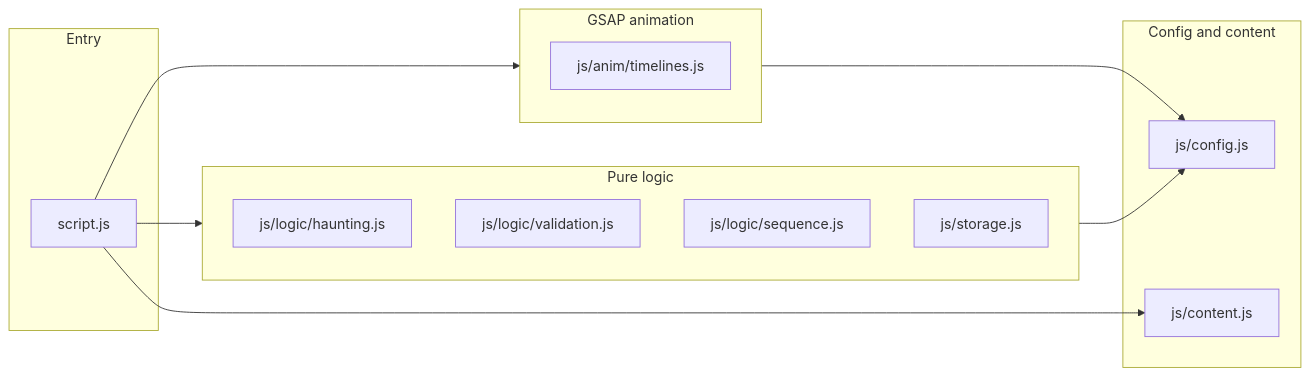
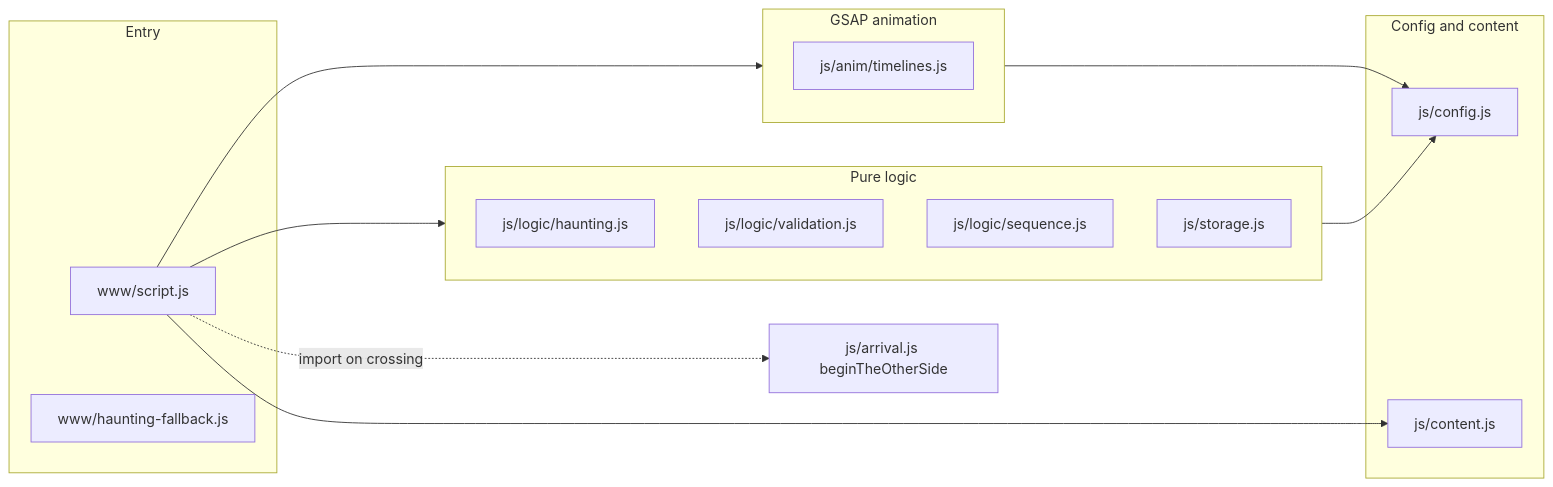
Before and after one commit to aasrithj/kiroween-hackathon-project: the first of 2 diagrams in .kiro/specs/spooky-haunting-ui/design.md, drawn with Mermaid. The commit also changed other lines of this file and 26 other files, not shown here.

````diff
--- a/.kiro/specs/spooky-haunting-ui/design.md
+++ b/.kiro/specs/spooky-haunting-ui/design.md
@@ -22,24 +24,27 @@
 ```mermaid
 flowchart LR
   subgraph Entry
-    MAIN[script.js]
+    MAIN[www/script.js]
+    FALLBACK[www/haunting-fallback.js]
   end
   subgraph ANIM[GSAP animation]
     TL[js/anim/timelines.js]
   end
   subgraph LOGIC[Pure logic]
     HAUNT[js/logic/haunting.js]
     VALID[js/logic/validation.js]
     SEQ[js/logic/sequence.js]
     STORE[js/storage.js]
   end
   subgraph DATA[Config and content]
     CFG[js/config.js]
     CONTENT[js/content.js]
   end
+  OTHER[js/arrival.js beginTheOtherSide]
   MAIN --> ANIM
   MAIN --> LOGIC
   MAIN --> CONTENT
+  MAIN -. import on crossing .-> OTHER
   ANIM --> CFG
   LOGIC --> CFG
 ```
````
